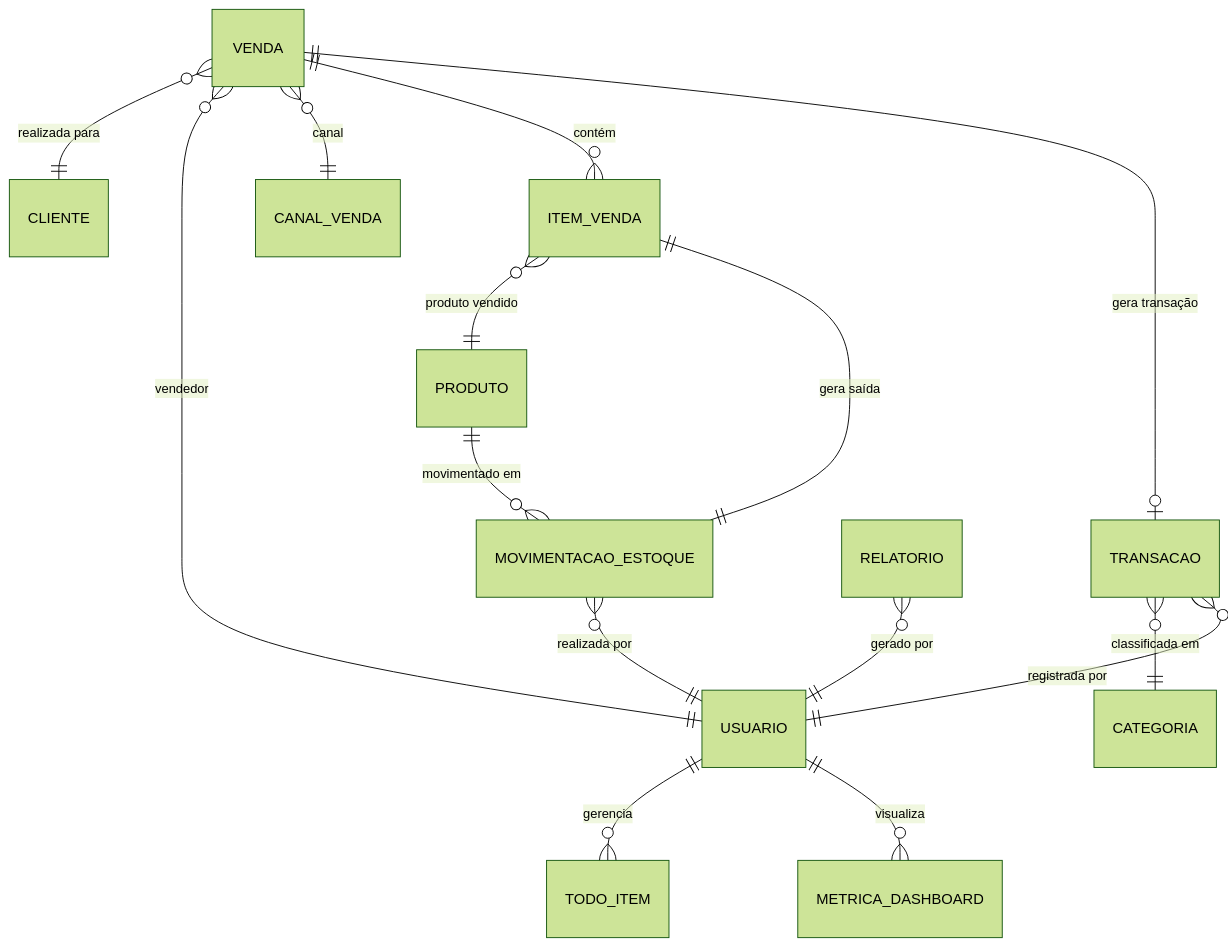
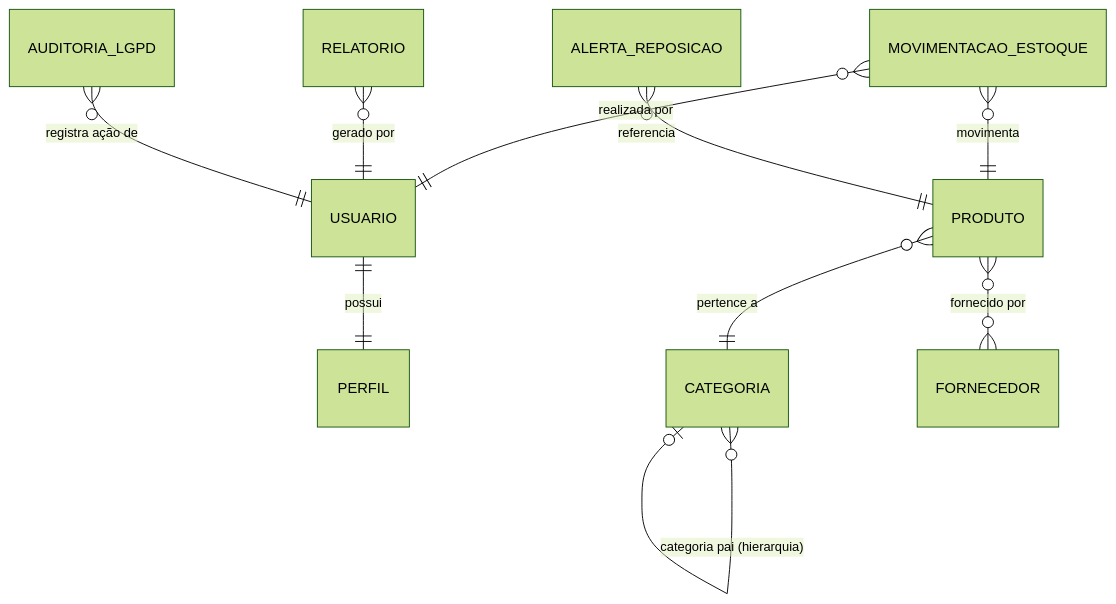
The diagram in doc/diagrama-mer-conceitual.md (matheusmendes720/workconnect-tcc), drawn with Mermaid (forest theme) before and after one commit. The commit also changed other lines of this file and 6 other files, not shown here.

Commit message:
docs: Add comprehensive documentation - README, CONTRIBUTING, ROADMAP, and additional diagrams (MER, DER, Classes for Estoque)

````diff
--- a/doc/diagrama-mer-conceitual.md
+++ b/doc/diagrama-mer-conceitual.md
@@ -101,32 +12,46 @@
 ```mermaid
 erDiagram
     %% ========================================
-    %% VERSÃO SIMPLIFICADA - MVP
+    %% MÓDULO DE USUÁRIOS E AUTENTICAÇÃO
     %% ========================================
     
-    %% Usuários
-    USUARIO ||--o{ TODO_ITEM : "gerencia"
-    USUARIO ||--o{ METRICA_DASHBOARD : "visualiza"
+    USUARIO ||--|| PERFIL : "possui"
     
-    %% Estoque
-    PRODUTO ||--o{ MOVIMENTACAO_ESTOQUE : "movimentado em"
+    %% ========================================
+    %% MÓDULO DE PRODUTOS E CATEGORIAS
+    %% ========================================
+    
+    PRODUTO }o--|| CATEGORIA : "pertence a"
+    CATEGORIA }o--o| CATEGORIA : "categoria pai (hierarquia)"
+    
+    %% ========================================
+    %% MÓDULO DE FORNECEDORES (N:M)
+    %% ========================================
+    
+    PRODUTO }o--o{ FORNECEDOR : "fornecido por"
+    
+    %% ========================================
+    %% MÓDULO DE MOVIMENTAÇÃO
+    %% ========================================
+    
+    MOVIMENTACAO_ESTOQUE }o--|| PRODUTO : "movimenta"
     MOVIMENTACAO_ESTOQUE }o--|| USUARIO : "realizada por"
     
-    %% Financeiro
-    TRANSACAO }o--|| CATEGORIA : "classificada em"
-    TRANSACAO }o--|| USUARIO : "registrada por"
+    %% ========================================
+    %% MÓDULO DE ALERTAS
+    %% ========================================
     
-    %% Vendas
-    VENDA }o--|| CLIENTE : "realizada para"
-    VENDA }o--|| USUARIO : "vendedor"
-    VENDA }o--|| CANAL_VENDA : "canal"
-    VENDA ||--o{ ITEM_VENDA : "contém"
-    ITEM_VENDA }o--|| PRODUTO : "produto vendido"
-    VENDA ||--o| TRANSACAO : "gera transação"
+    ALERTA_REPOSICAO }o--|| PRODUTO : "referencia"
     
-    %% Movimentação automática por venda
-    ITEM_VENDA ||--|| MOVIMENTACAO_ESTOQUE : "gera saída"
+    %% ========================================
+    %% MÓDULO DE RELATÓRIOS
+    %% ========================================
     
-    %% Relatórios
     RELATORIO }o--|| USUARIO : "gerado por"
+    
+    %% ========================================
+    %% MÓDULO DE AUDITORIA LGPD
+    %% ========================================
+    
+    AUDITORIA_LGPD }o--|| USUARIO : "registra ação de"
 ```
````
